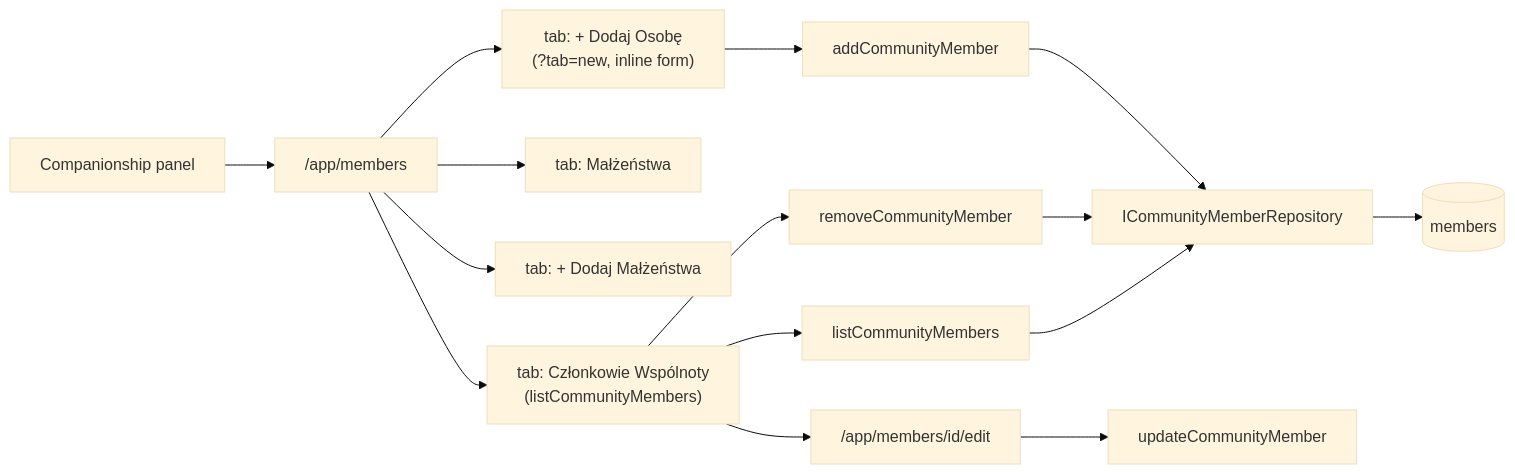
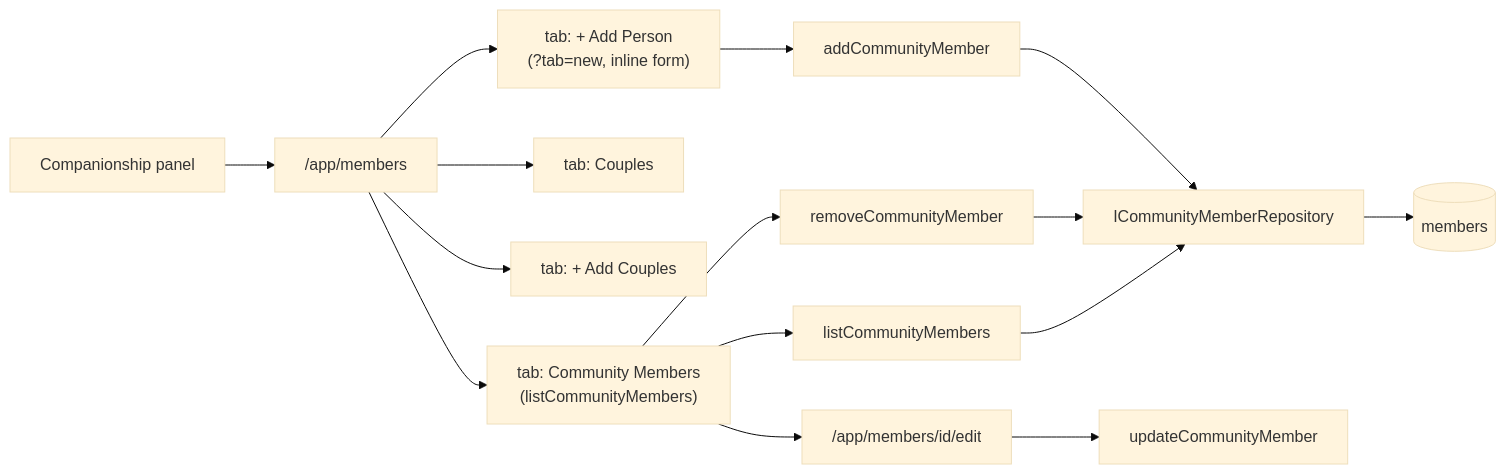
Before and after one commit to greg-latuszek/emma-companionship: the fourth of 8 diagrams in docs/current-architecture.md, drawn with Mermaid (base theme). The commit also changed other lines of this file, not shown here.

Commit message:
Replace Polish screen names with English in the architecture doc

````diff
--- a/docs/current-architecture.md
+++ b/docs/current-architecture.md
@@ -154,17 +154,17 @@
 ```mermaid
 flowchart LR
   panel[Companionship panel] --> members["/app/members"]
-  members --> tabList["tab: Członkowie Wspólnoty\n(listCommunityMembers)"]
-  members --> tabCouples["tab: Małżeństwa"]
-  members --> tabBuildCouples["tab: + Dodaj Małżeństwa"]
-  members --> tabAdd["tab: + Dodaj Osobę\n(?tab=new, inline form)"]
+  members --> tabList["tab: Community Members\n(listCommunityMembers)"]
+  members --> tabCouples["tab: Couples"]
+  members --> tabBuildCouples["tab: + Add Couples"]
+  members --> tabAdd["tab: + Add Person\n(?tab=new, inline form)"]
   tabList --> edit["/app/members/id/edit"]
   tabList --> remove[removeCommunityMember]
   tabAdd --> register[addCommunityMember]
   register --> repo[ICommunityMemberRepository]
   edit --> update[updateCommunityMember]
   remove --> repo
   tabList --> listUse[listCommunityMembers]
   listUse --> repo
   repo --> pg[(members)]
 ```
````
